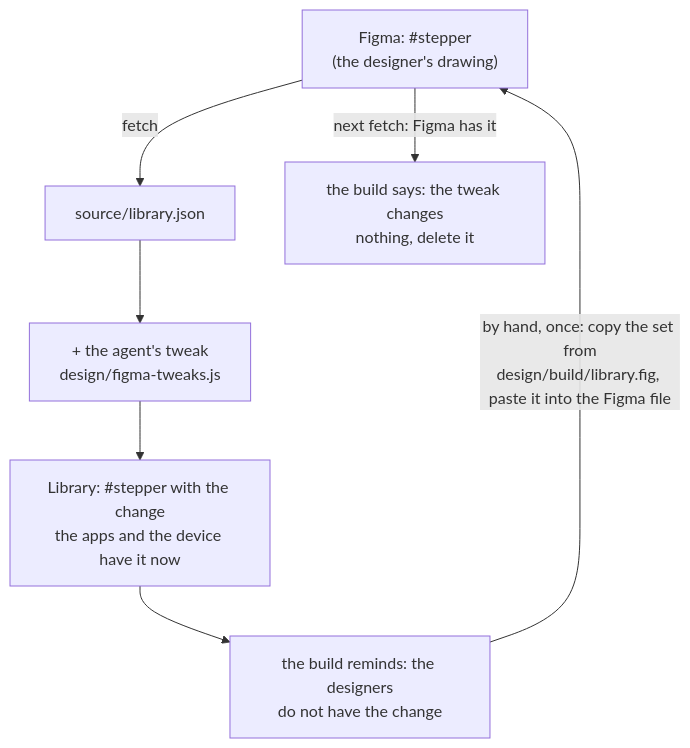
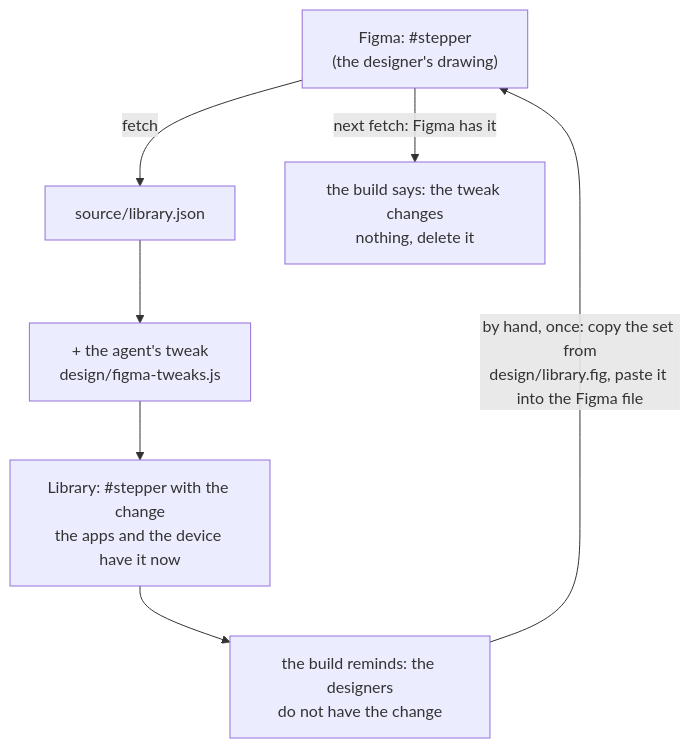
The fifth of 5 diagrams in design/WORKFLOW.md (sdv-everyware/ui-lib), drawn with Mermaid before and after one commit. The commit also changed other lines of this file and 8 other files, not shown here.

First line of the commit message:
The Library's built design in git: design/library.fig

````diff
--- a/design/WORKFLOW.md
+++ b/design/WORKFLOW.md
@@ -111,9 +111,9 @@
 ```mermaid
 flowchart TB
   FG["Figma: #stepper<br/>(the designer's drawing)"] -->|fetch| LJ["source/library.json"]
   LJ --> T["+ the agent's tweak<br/>design/figma-tweaks.js"]
   T --> L["Library: #stepper with the change<br/>the apps and the device have it now"]
   L --> N["the build reminds: the designers<br/>do not have the change"]
-  N -->|"by hand, once: copy the set from<br/>design/build/library.fig, paste it into the Figma file"| FG
+  N -->|"by hand, once: copy the set from<br/>design/library.fig, paste it into the Figma file"| FG
   FG -->|next fetch: Figma has it| DEL["the build says: the tweak changes<br/>nothing, delete it"]
 ```
````
